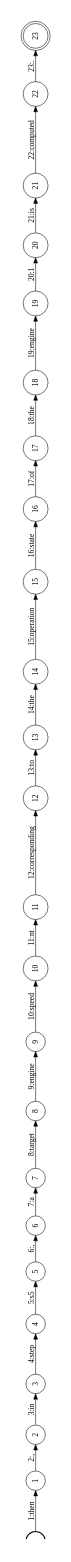
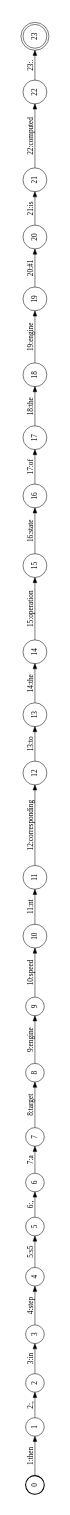
The diagram in out/task1/dev.en.0.dot (pepijnkokke/UvA-MT2-PBT), drawn with Graphviz before and after one commit. The commit also changed 50 other files, not shown here.

```diff
--- a/out/task1/dev.en.0.dot
+++ b/out/task1/dev.en.0.dot
@@ -1,56 +1,56 @@
 digraph FST {
 rankdir = LR;
 size = "8.5,11";
 label = "";
 center = 1;
 orientation = Landscape;
 ranksep = "0.4";
 nodesep = "0.25";
 0 [label = "0", shape = circle, style = bold, fontsize = 14]
 	0 -> 1 [label = "1:then", fontsize = 14];
 1 [label = "1", shape = circle, style = solid, fontsize = 14]
 	1 -> 2 [label = "2:,", fontsize = 14];
 2 [label = "2", shape = circle, style = solid, fontsize = 14]
 	2 -> 3 [label = "3:in", fontsize = 14];
 3 [label = "3", shape = circle, style = solid, fontsize = 14]
 	3 -> 4 [label = "4:step", fontsize = 14];
 4 [label = "4", shape = circle, style = solid, fontsize = 14]
 	4 -> 5 [label = "5:s5", fontsize = 14];
 5 [label = "5", shape = circle, style = solid, fontsize = 14]
 	5 -> 6 [label = "6:,", fontsize = 14];
 6 [label = "6", shape = circle, style = solid, fontsize = 14]
 	6 -> 7 [label = "7:a", fontsize = 14];
 7 [label = "7", shape = circle, style = solid, fontsize = 14]
 	7 -> 8 [label = "8:target", fontsize = 14];
 8 [label = "8", shape = circle, style = solid, fontsize = 14]
 	8 -> 9 [label = "9:engine", fontsize = 14];
 9 [label = "9", shape = circle, style = solid, fontsize = 14]
 	9 -> 10 [label = "10:speed", fontsize = 14];
 10 [label = "10", shape = circle, style = solid, fontsize = 14]
 	10 -> 11 [label = "11:nt", fontsize = 14];
 11 [label = "11", shape = circle, style = solid, fontsize = 14]
 	11 -> 12 [label = "12:corresponding", fontsize = 14];
 12 [label = "12", shape = circle, style = solid, fontsize = 14]
 	12 -> 13 [label = "13:to", fontsize = 14];
 13 [label = "13", shape = circle, style = solid, fontsize = 14]
 	13 -> 14 [label = "14:the", fontsize = 14];
 14 [label = "14", shape = circle, style = solid, fontsize = 14]
 	14 -> 15 [label = "15:operation", fontsize = 14];
 15 [label = "15", shape = circle, style = solid, fontsize = 14]
 	15 -> 16 [label = "16:state", fontsize = 14];
 16 [label = "16", shape = circle, style = solid, fontsize = 14]
 	16 -> 17 [label = "17:of", fontsize = 14];
 17 [label = "17", shape = circle, style = solid, fontsize = 14]
 	17 -> 18 [label = "18:the", fontsize = 14];
 18 [label = "18", shape = circle, style = solid, fontsize = 14]
 	18 -> 19 [label = "19:engine", fontsize = 14];
 19 [label = "19", shape = circle, style = solid, fontsize = 14]
-	19 -> 20 [label = "20:1", fontsize = 14];
+	19 -> 20 [label = "20:#1", fontsize = 14];
 20 [label = "20", shape = circle, style = solid, fontsize = 14]
 	20 -> 21 [label = "21:is", fontsize = 14];
 21 [label = "21", shape = circle, style = solid, fontsize = 14]
 	21 -> 22 [label = "22:computed", fontsize = 14];
 22 [label = "22", shape = circle, style = solid, fontsize = 14]
 	22 -> 23 [label = "23:.", fontsize = 14];
 23 [label = "23", shape = doublecircle, style = solid, fontsize = 14]
 }
```
